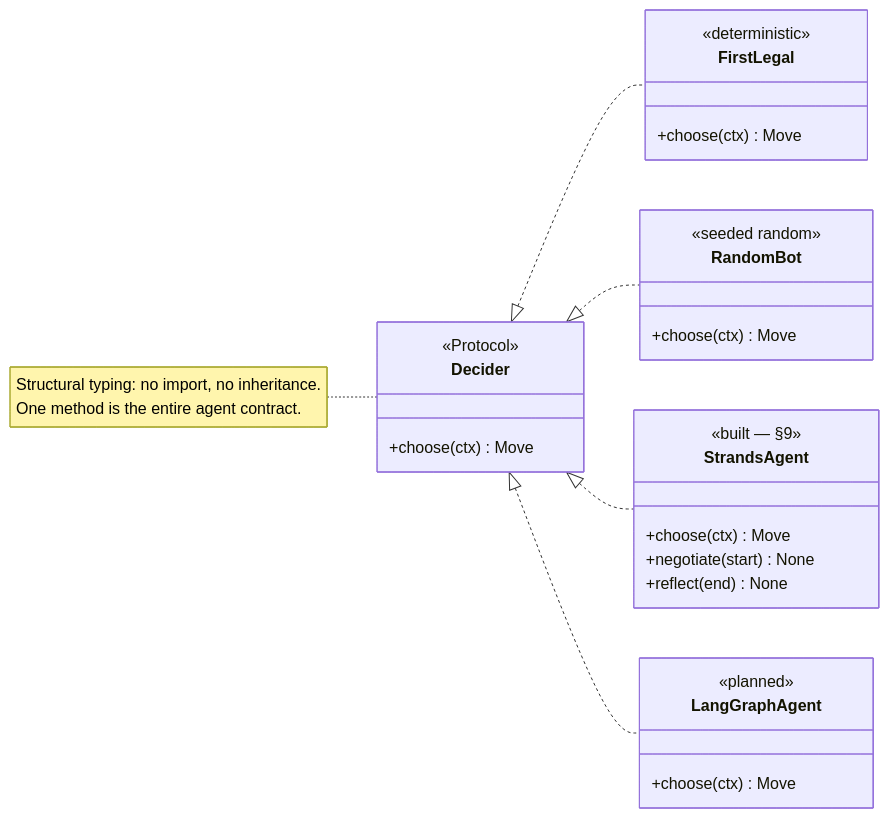
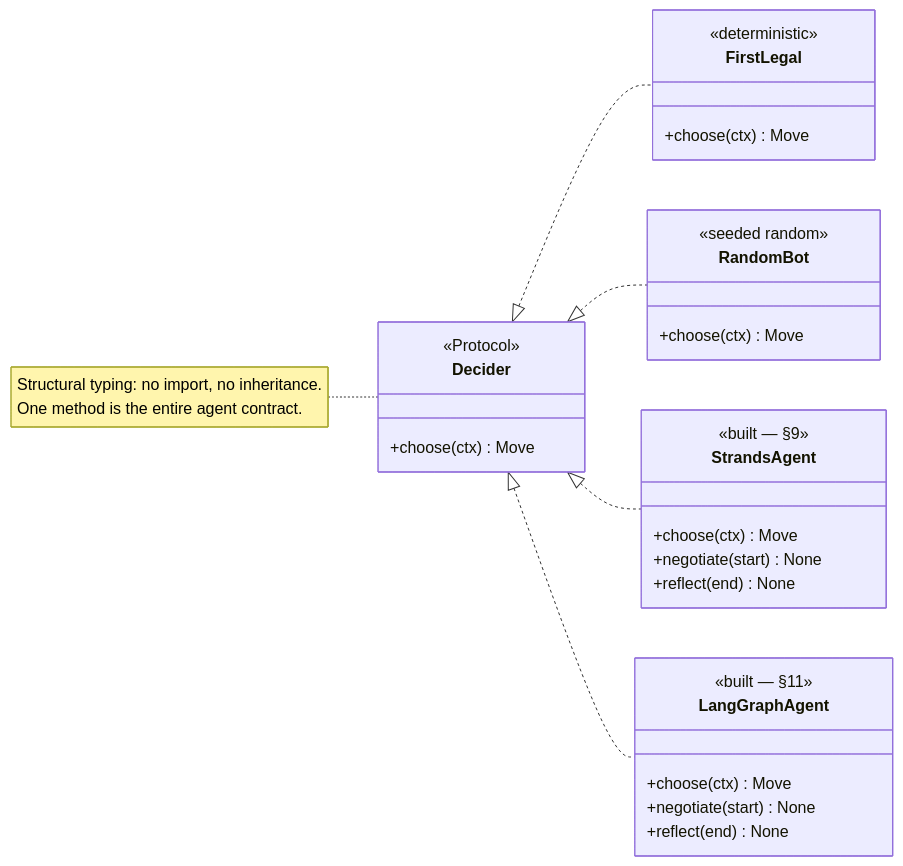
One commit to itamittech/llmeval changed the second of 24 diagrams in docs/projects/ludo/class-design.md. Above: the diagram before and after it, drawn with Mermaid. The commit also changed other lines of this file and 28 other files, not shown here.

````diff
--- a/docs/projects/ludo/class-design.md
+++ b/docs/projects/ludo/class-design.md
@@ -203,34 +203,36 @@
 ```mermaid
 classDiagram
     direction LR
 
     class Decider {
         <<Protocol>>
         +choose(ctx) Move
     }
     class FirstLegal {
         <<deterministic>>
         +choose(ctx) Move
     }
     class RandomBot {
         <<seeded random>>
         +choose(ctx) Move
     }
     class StrandsAgent {
         <<built — §9>>
         +choose(ctx) Move
         +negotiate(start) None
         +reflect(end) None
     }
     class LangGraphAgent {
-        <<planned>>
+        <<built — §11>>
         +choose(ctx) Move
+        +negotiate(start) None
+        +reflect(end) None
     }
 
     Decider <|.. FirstLegal
     Decider <|.. RandomBot
     Decider <|.. StrandsAgent
     Decider <|.. LangGraphAgent
 
     note for Decider "Structural typing: no import, no inheritance.<br/>One method is the entire agent contract."
 ```
````
